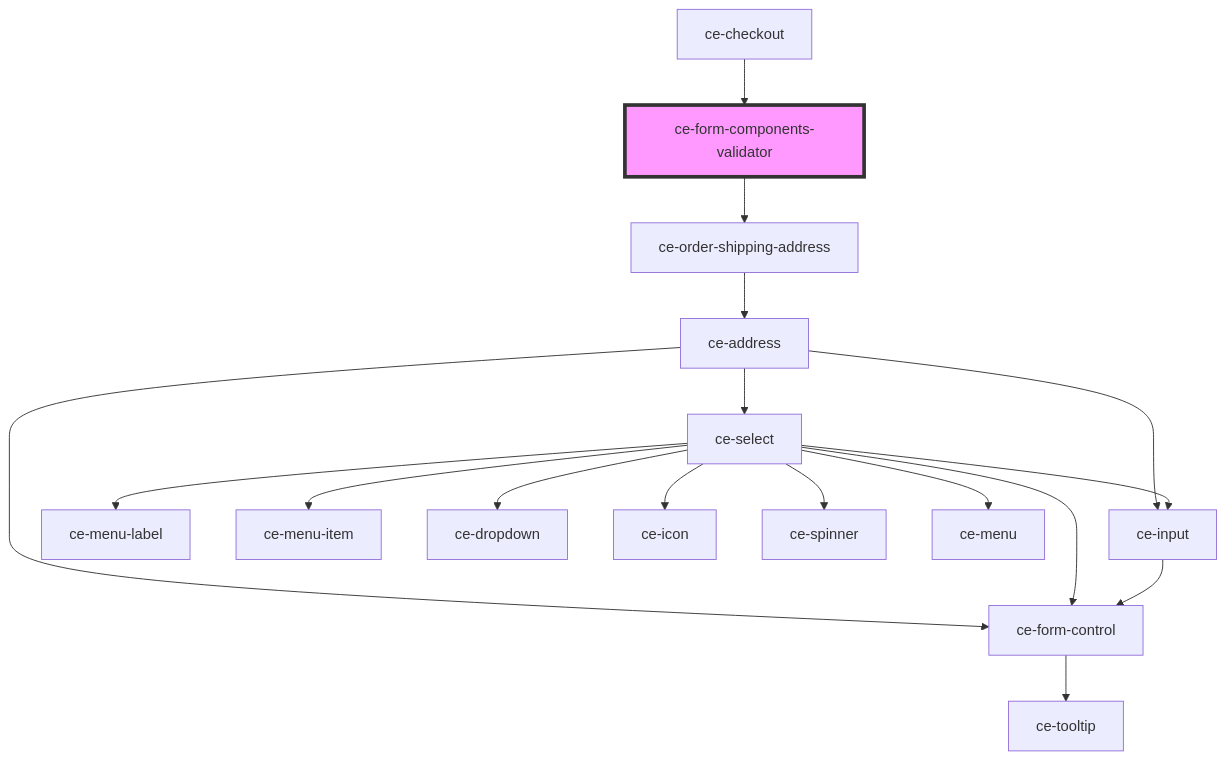
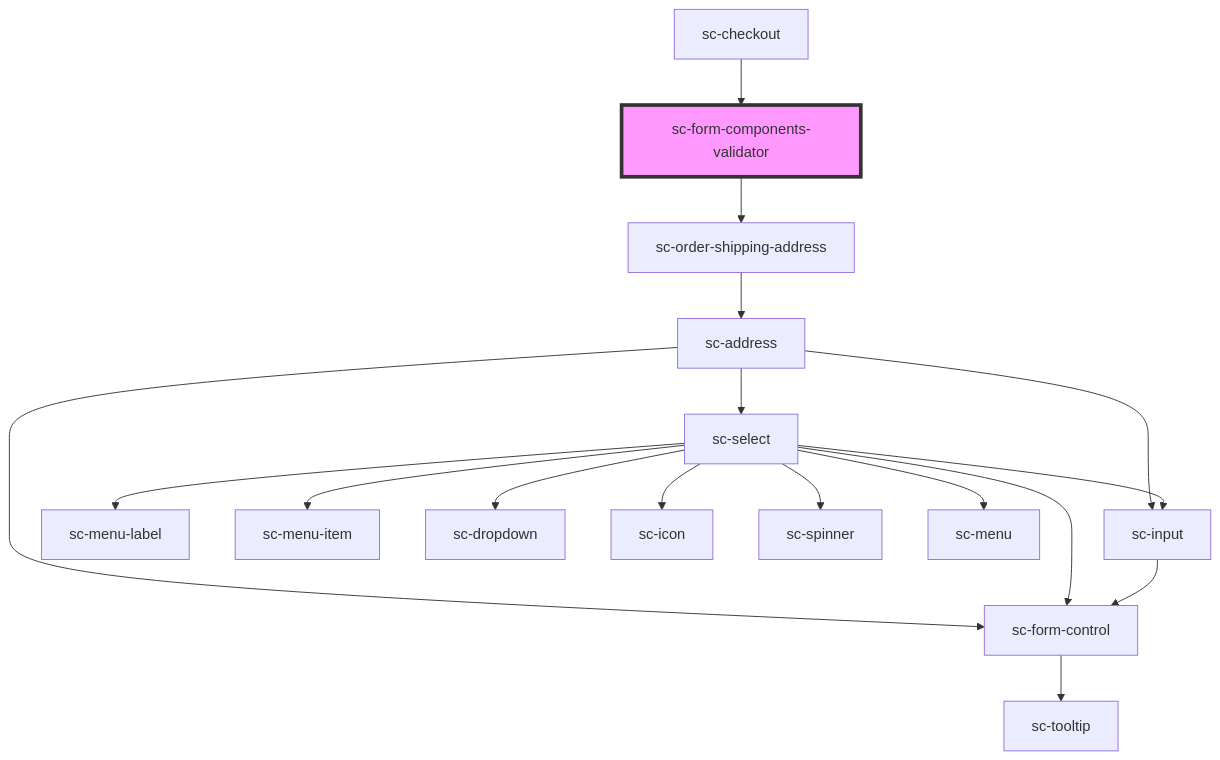
The diagram in packages/components/src/components/providers/form-components-validator/readme.md (surecart/surecart-wp-plugin), drawn with Mermaid before and after one commit. The commit also changed other lines of this file and 1281 other files, not shown here.

````diff
--- a/packages/components/src/components/providers/form-components-validator/readme.md
+++ b/packages/components/src/components/providers/form-components-validator/readme.md
@@ -27,20 +27,20 @@
 ```mermaid
 graph TD;
-  ce-form-components-validator --> ce-order-shipping-address
-  ce-order-shipping-address --> ce-address
-  ce-address --> ce-form-control
-  ce-address --> ce-select
-  ce-address --> ce-input
-  ce-form-control --> ce-tooltip
-  ce-select --> ce-menu-label
-  ce-select --> ce-menu-item
-  ce-select --> ce-form-control
-  ce-select --> ce-dropdown
-  ce-select --> ce-icon
-  ce-select --> ce-input
-  ce-select --> ce-spinner
-  ce-select --> ce-menu
-  ce-input --> ce-form-control
-  ce-checkout --> ce-form-components-validator
-  style ce-form-components-validator fill:#f9f,stroke:#333,stroke-width:4px
+  sc-form-components-validator --> sc-order-shipping-address
+  sc-order-shipping-address --> sc-address
+  sc-address --> sc-form-control
+  sc-address --> sc-select
+  sc-address --> sc-input
+  sc-form-control --> sc-tooltip
+  sc-select --> sc-menu-label
+  sc-select --> sc-menu-item
+  sc-select --> sc-form-control
+  sc-select --> sc-dropdown
+  sc-select --> sc-icon
+  sc-select --> sc-input
+  sc-select --> sc-spinner
+  sc-select --> sc-menu
+  sc-input --> sc-form-control
+  sc-checkout --> sc-form-components-validator
+  style sc-form-components-validator fill:#f9f,stroke:#333,stroke-width:4px
 ```
````
